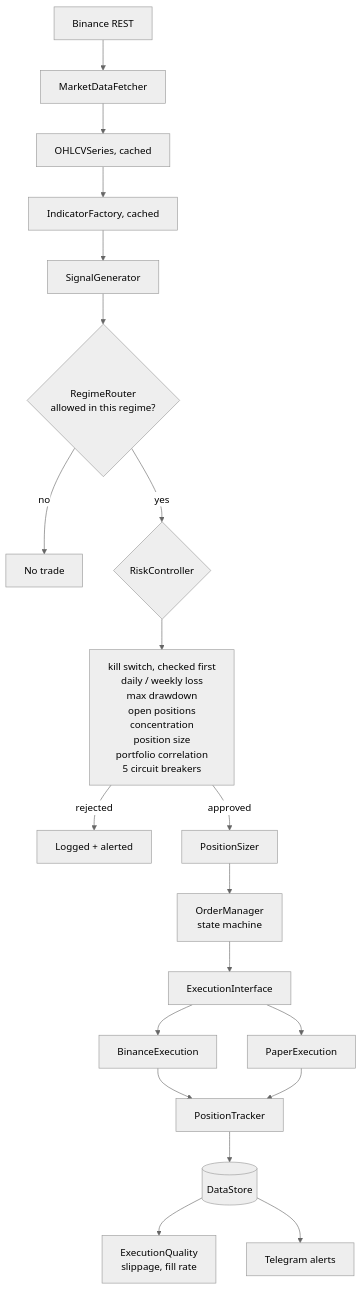
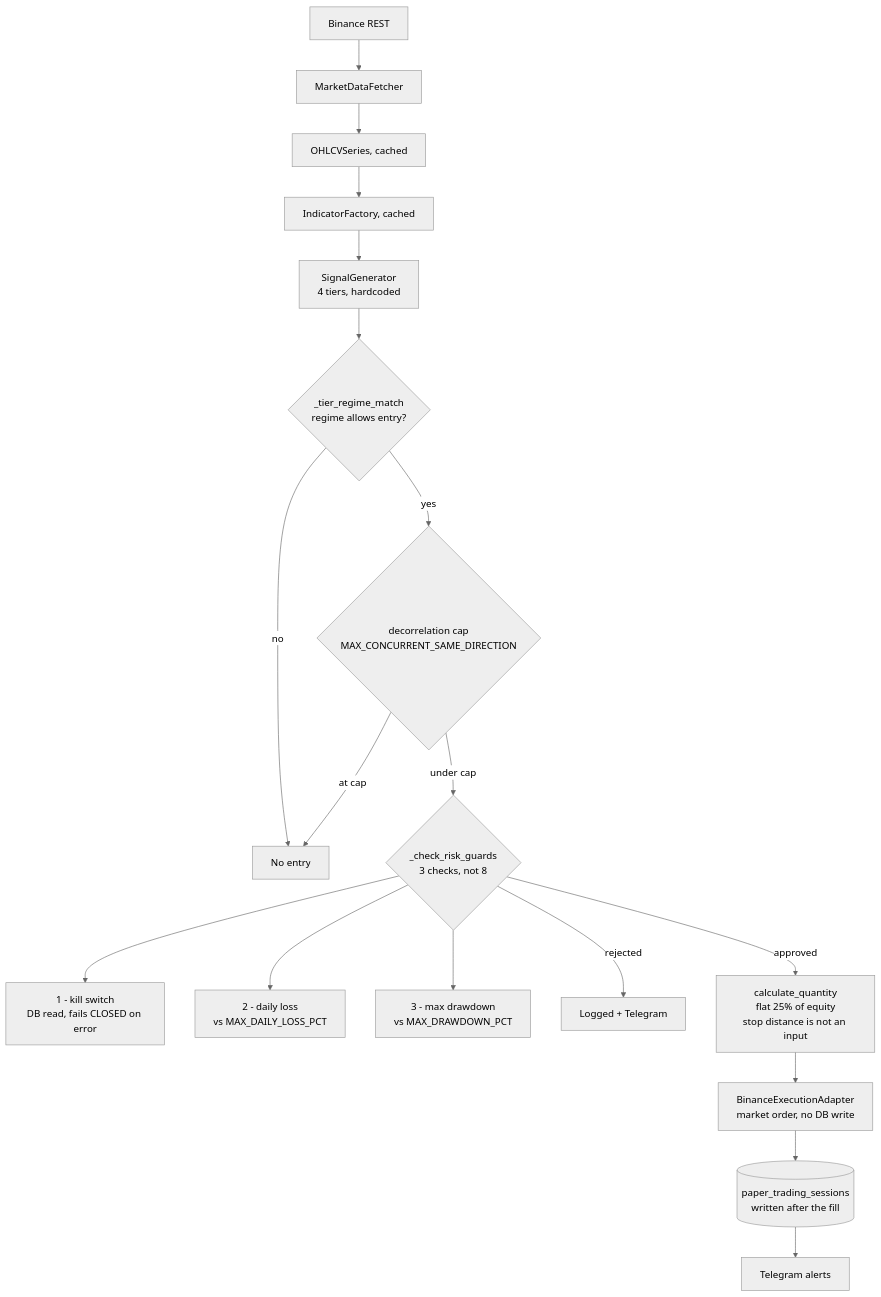
The first of 2 diagrams in README.md (EvaMndima/Paravant_System), drawn with Mermaid (neutral theme) before and after one commit. The commit also changed other lines of this file and 2 other files, not shown here.

First line of the commit message:
docs: draw the risk path that runs, not the one that was designed

````diff
--- a/README.md
+++ b/README.md
@@ -213,22 +229,20 @@
 ```mermaid
 flowchart TD
     A[Binance REST] --> B[MarketDataFetcher]
     B --> C[OHLCVSeries, cached]
     C --> D[IndicatorFactory, cached]
-    D --> E[SignalGenerator]
-    E --> F{RegimeRouter<br/>allowed in this regime?}
-    F -->|no| Z[No trade]
-    F -->|yes| G{RiskController}
-    G --> H[kill switch, checked first<br/>daily / weekly loss<br/>max drawdown<br/>open positions<br/>concentration<br/>position size<br/>portfolio correlation<br/>5 circuit breakers]
-    H -->|rejected| Y[Logged + alerted]
-    H -->|approved| I[PositionSizer]
-    I --> J[OrderManager<br/>state machine]
-    J --> K[ExecutionInterface]
-    K --> L[BinanceExecution]
-    K --> M[PaperExecution]
-    L --> N[PositionTracker]
-    M --> N
-    N --> O[(DataStore)]
-    O --> P[ExecutionQuality<br/>slippage, fill rate]
-    O --> Q[Telegram alerts]
+    D --> E[SignalGenerator<br/>4 tiers, hardcoded]
+    E --> F{_tier_regime_match<br/>regime allows entry?}
+    F -->|no| Z[No entry]
+    F -->|yes| G{decorrelation cap<br/>MAX_CONCURRENT_SAME_DIRECTION}
+    G -->|at cap| Z
+    G -->|under cap| H{_check_risk_guards<br/>3 checks, not 8}
+    H --> H1[1 - kill switch<br/>DB read, fails CLOSED on error]
+    H --> H2[2 - daily loss<br/>vs MAX_DAILY_LOSS_PCT]
+    H --> H3[3 - max drawdown<br/>vs MAX_DRAWDOWN_PCT]
+    H -->|rejected| Y[Logged + Telegram]
+    H -->|approved| I[calculate_quantity<br/>flat 25% of equity<br/>stop distance is not an input]
+    I --> J[BinanceExecutionAdapter<br/>market order, no DB write]
+    J --> K[(paper_trading_sessions<br/>written after the fill)]
+    K --> Q[Telegram alerts]
 ```
````
